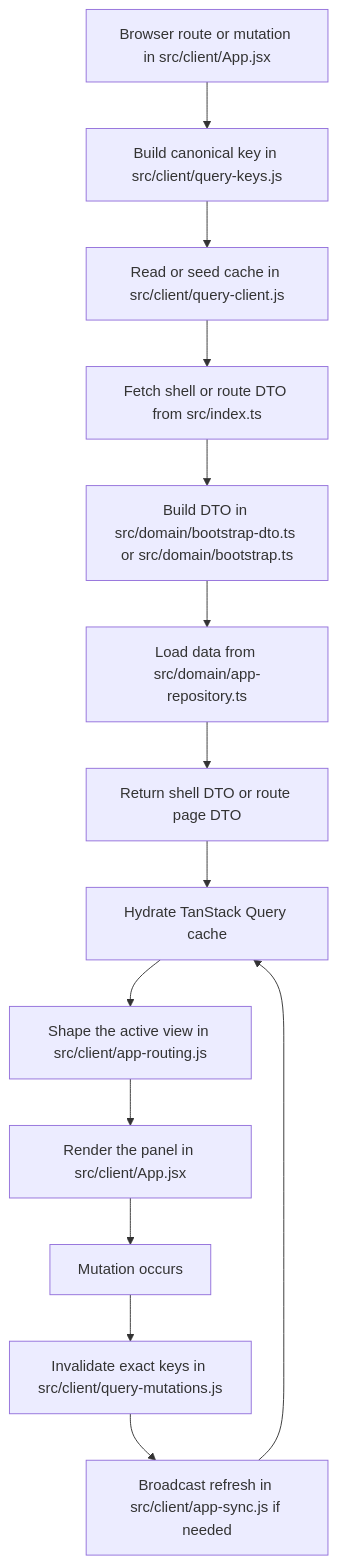
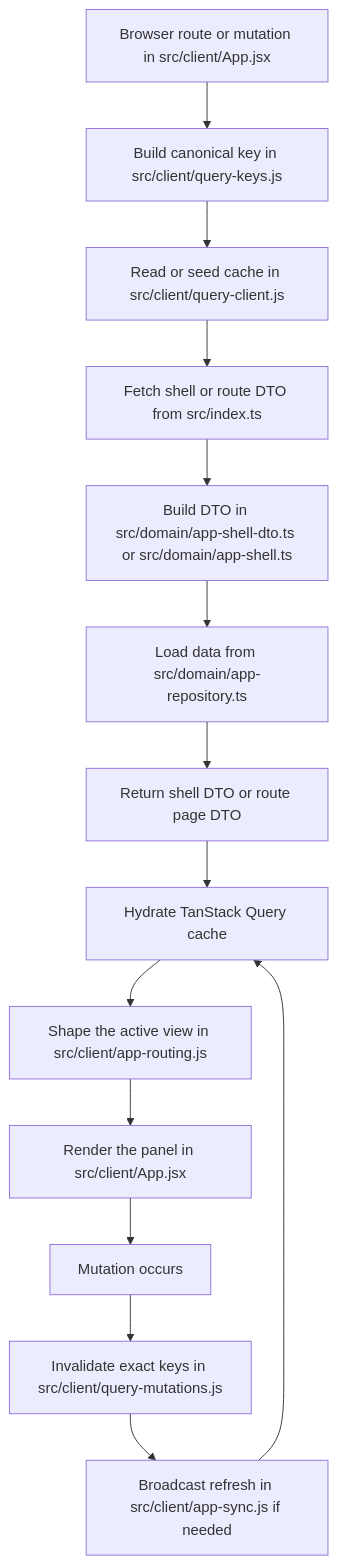
One commit to timothysantos/monies-map changed the diagram in docs/tanstack-query-language.md. Above: the diagram before and after it, drawn with Mermaid. The commit also changed other lines of this file and 7 other files, not shown here.

Commit message:
Rename bootstrap modules to app shell

````diff
--- a/docs/tanstack-query-language.md
+++ b/docs/tanstack-query-language.md
@@ -119,16 +119,16 @@
 ```mermaid
 flowchart TD
   A["Browser route or mutation in src/client/App.jsx"] --> B["Build canonical key in src/client/query-keys.js"]
   B --> C["Read or seed cache in src/client/query-client.js"]
   C --> D["Fetch shell or route DTO from src/index.ts"]
-  D --> E["Build DTO in src/domain/bootstrap-dto.ts or src/domain/bootstrap.ts"]
+  D --> E["Build DTO in src/domain/app-shell-dto.ts or src/domain/app-shell.ts"]
   E --> F["Load data from src/domain/app-repository.ts"]
   F --> G["Return shell DTO or route page DTO"]
   G --> H["Hydrate TanStack Query cache"]
   H --> I["Shape the active view in src/client/app-routing.js"]
   I --> J["Render the panel in src/client/App.jsx"]
   J --> K["Mutation occurs"]
   K --> L["Invalidate exact keys in src/client/query-mutations.js"]
   L --> M["Broadcast refresh in src/client/app-sync.js if needed"]
   M --> H
 ```
````
